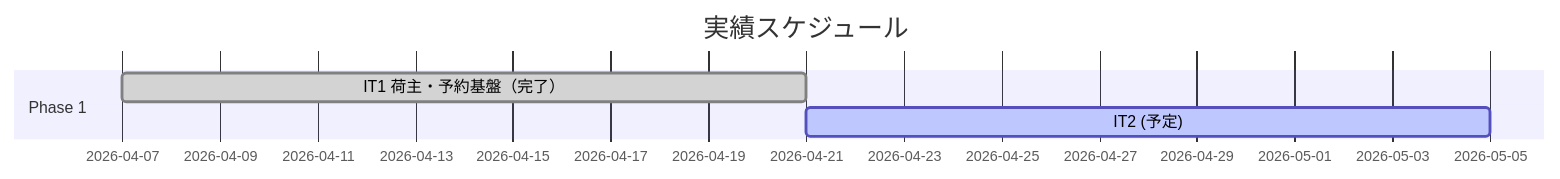
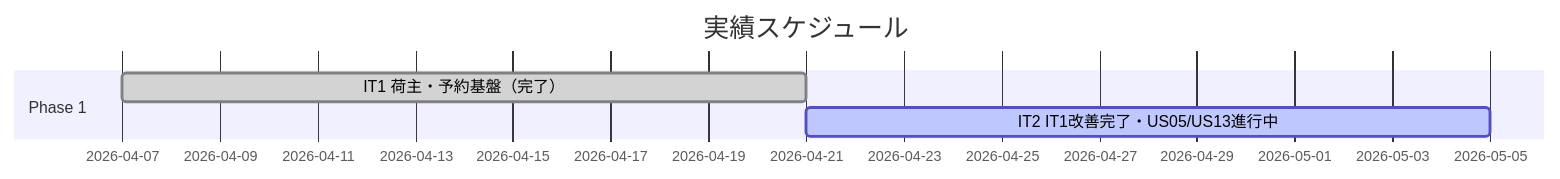
Before and after one commit to k2works/case-study-cargo-tracker: the second of 3 diagrams in docs/development/release_plan.md, drawn with Mermaid. The commit also changed other lines of this file and 1 other file, not shown here.

````diff
--- a/docs/development/release_plan.md
+++ b/docs/development/release_plan.md
@@ -152,8 +152,8 @@
 ```mermaid
 gantt
     title 実績スケジュール
     dateFormat  YYYY-MM-DD
     section Phase 1
     IT1 荷主・予約基盤（完了）  :done, a1, 2026-04-07, 14d
-    IT2 (予定)                :active, a2, 2026-04-21, 14d
+    IT2 IT1改善完了・US05/US13進行中 :active, a2, 2026-04-21, 14d
 ```
````
